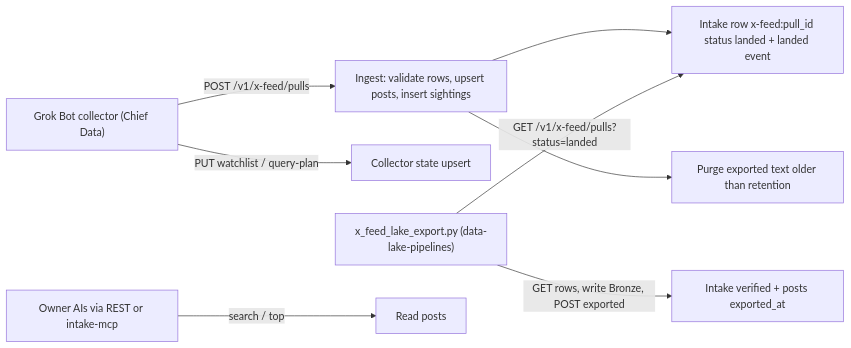
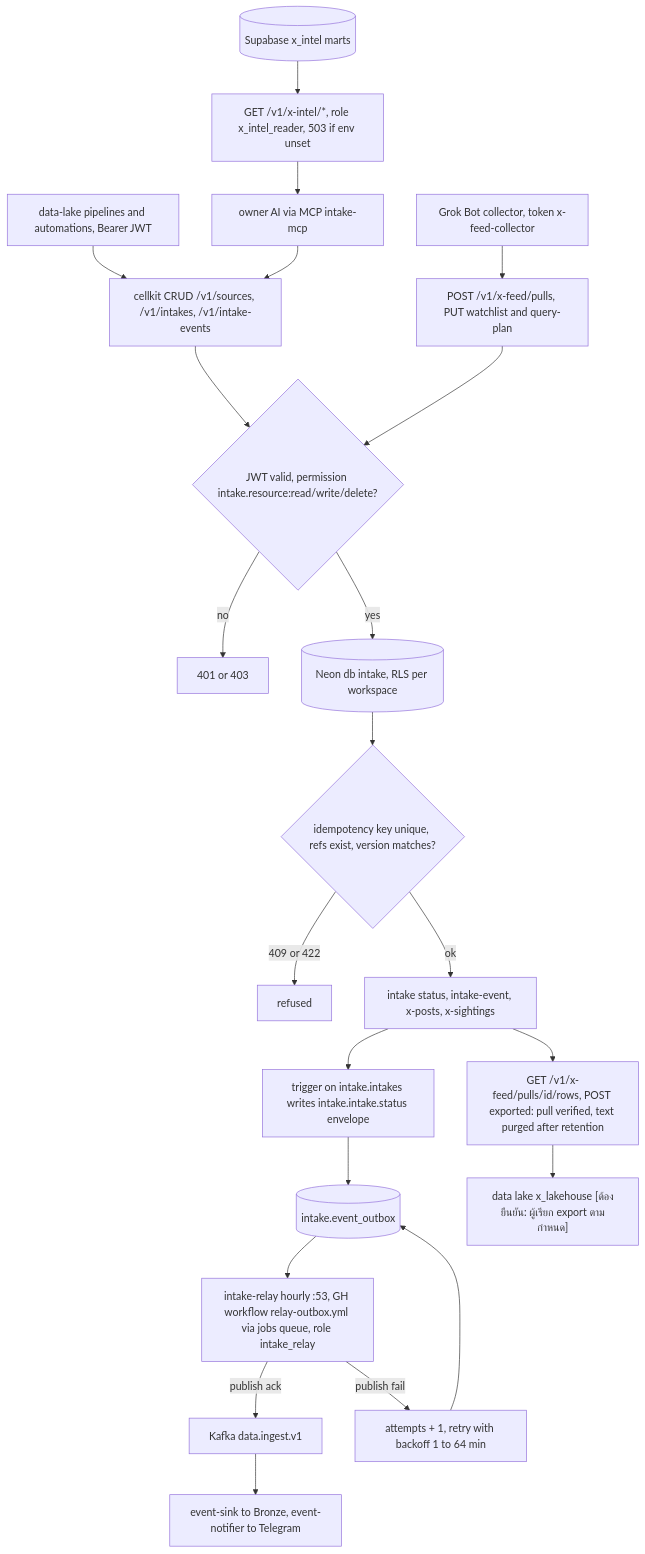
The diagram in docs/diagrams/01-business-process.md (bookchaowalit/platform-intake-api), drawn with Mermaid before and after one commit. The commit also changed other lines of this file, not shown here.

````diff
--- a/docs/diagrams/01-business-process.md
+++ b/docs/diagrams/01-business-process.md
@@ -35,10 +9,24 @@
 ```mermaid
-flowchart LR
-  G["Grok Bot collector (Chief Data)"] -->|"POST /v1/x-feed/pulls"| I["Ingest: validate rows, upsert posts, insert sightings"]
-  I --> L["Intake row x-feed:pull_id status landed + landed event"]
-  I --> R["Purge exported text older than retention"]
-  G -->|"PUT watchlist / query-plan"| S["Collector state upsert"]
-  E["x_feed_lake_export.py (data-lake-pipelines)"] -->|"GET /v1/x-feed/pulls?status=landed"| L
-  E -->|"GET rows, write Bronze, POST exported"| V["Intake verified + posts exported_at"]
-  A["Owner AIs via REST or intake-mcp"] -->|"search / top"| Q["Read posts"]
+flowchart TD
+  PIPE["data-lake pipelines and automations, Bearer JWT"] --> CRUD["cellkit CRUD /v1/sources, /v1/intakes, /v1/intake-events"]
+  OWNER["owner AI via MCP intake-mcp"] --> CRUD
+  GROK["Grok Bot collector, token x-feed-collector"] --> PULL["POST /v1/x-feed/pulls, PUT watchlist and query-plan"]
+  CRUD --> AUTHZ{"JWT valid, permission intake.resource:read/write/delete?"}
+  PULL --> AUTHZ
+  AUTHZ -->|no| DENY["401 or 403"]
+  AUTHZ -->|yes| DB[("Neon db intake, RLS per workspace")]
+  DB --> RULES{"idempotency key unique, refs exist, version matches?"}
+  RULES -->|"409 or 422"| REFUSE["refused"]
+  RULES -->|ok| STORE["intake status, intake-event, x-posts, x-sightings"]
+  STORE --> TRG["trigger on intake.intakes writes intake.intake.status envelope"]
+  TRG --> OUTBOX[("intake.event_outbox")]
+  OUTBOX --> RELAY["intake-relay hourly :53, GH workflow relay-outbox.yml via jobs queue, role intake_relay"]
+  RELAY -->|"publish ack"| KAFKA["Kafka data.ingest.v1"]
+  RELAY -->|"publish fail"| BACKOFF["attempts + 1, retry with backoff 1 to 64 min"]
+  BACKOFF --> OUTBOX
+  KAFKA --> CONSUMERS["event-sink to Bronze, event-notifier to Telegram"]
+  STORE --> EXPORT["GET /v1/x-feed/pulls/id/rows, POST exported: pull verified, text purged after retention"]
+  EXPORT --> LAKE["data lake x_lakehouse [ต้องยืนยัน: ผู้เรียก export ตามกำหนด]"]
+  XMART[("Supabase x_intel marts")] --> XINTEL["GET /v1/x-intel/*, role x_intel_reader, 503 if env unset"]
+  XINTEL --> OWNER
 ```
````
